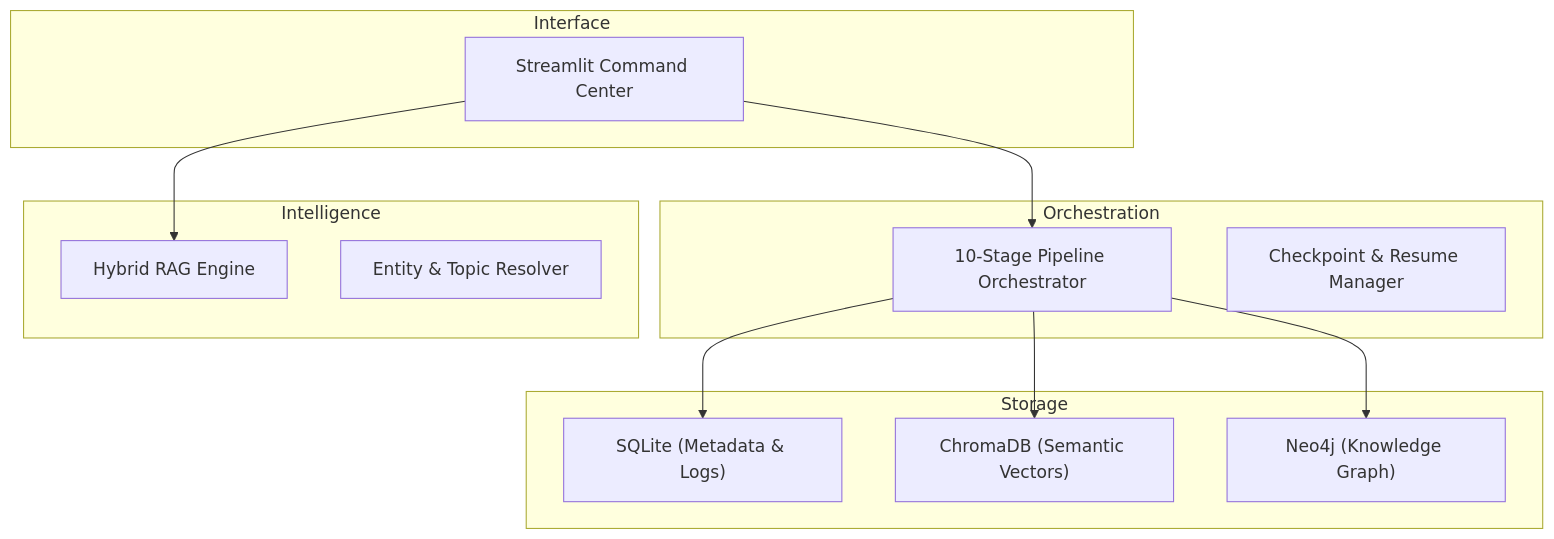
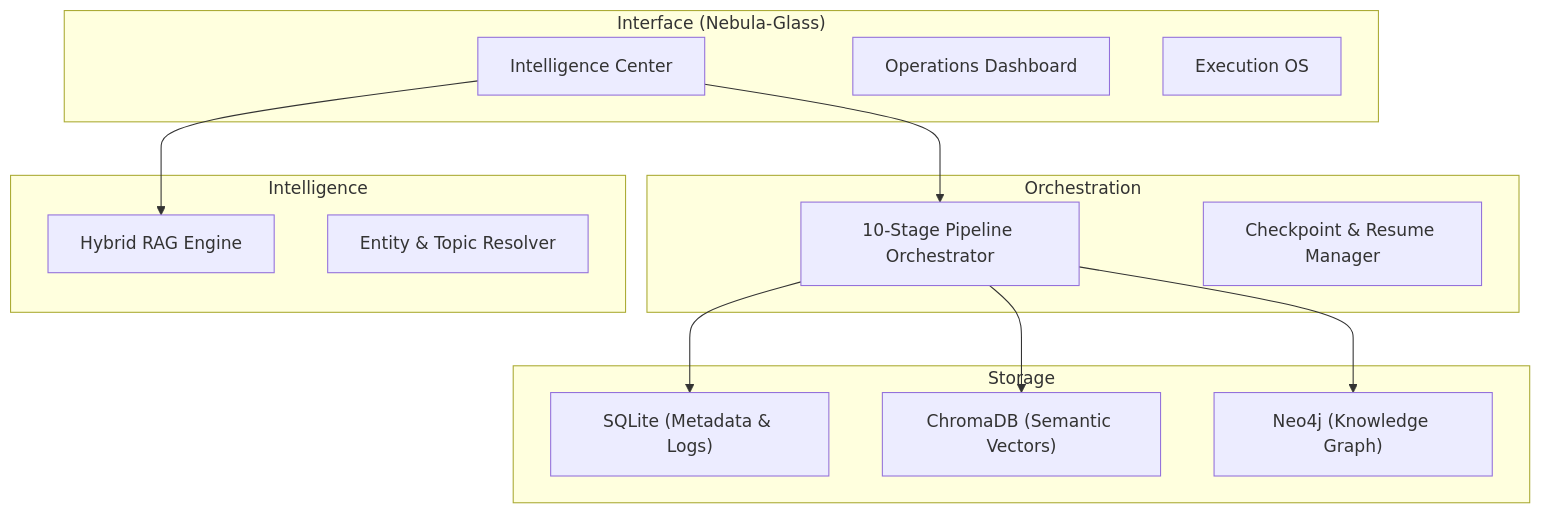
The diagram in README.md (AmanGarg1999/YTVault), drawn with Mermaid before and after one commit. The commit also changed other lines of this file and 7 other files, not shown here.

Commit message:
docs: conduct end-to-end quality audit and document improvement roadmap with associated scripts and UI enhancements.

````diff
--- a/README.md
+++ b/README.md
@@ -57,28 +62,30 @@
 ```mermaid
 graph TB
-    subgraph "Interface"
-        UI["Streamlit Command Center"]
+    subgraph "Interface (Nebula-Glass)"
+        UI["Intelligence Center"]
+        OP["Operations Dashboard"]
+        EX["Execution OS"]
     end
 
     subgraph "Orchestration"
         OR["10-Stage Pipeline Orchestrator"]
         CP["Checkpoint & Resume Manager"]
     end
 
     subgraph "Intelligence"
         RAG["Hybrid RAG Engine"]
         ENT["Entity & Topic Resolver"]
     end
 
     subgraph "Storage"
         SQL["SQLite (Metadata & Logs)"]
         VEC["ChromaDB (Semantic Vectors)"]
         GRA["Neo4j (Knowledge Graph)"]
     end
 
     UI --> OR
     OR --> SQL
     OR --> VEC
     OR --> GRA
     UI --> RAG
 ```
````
